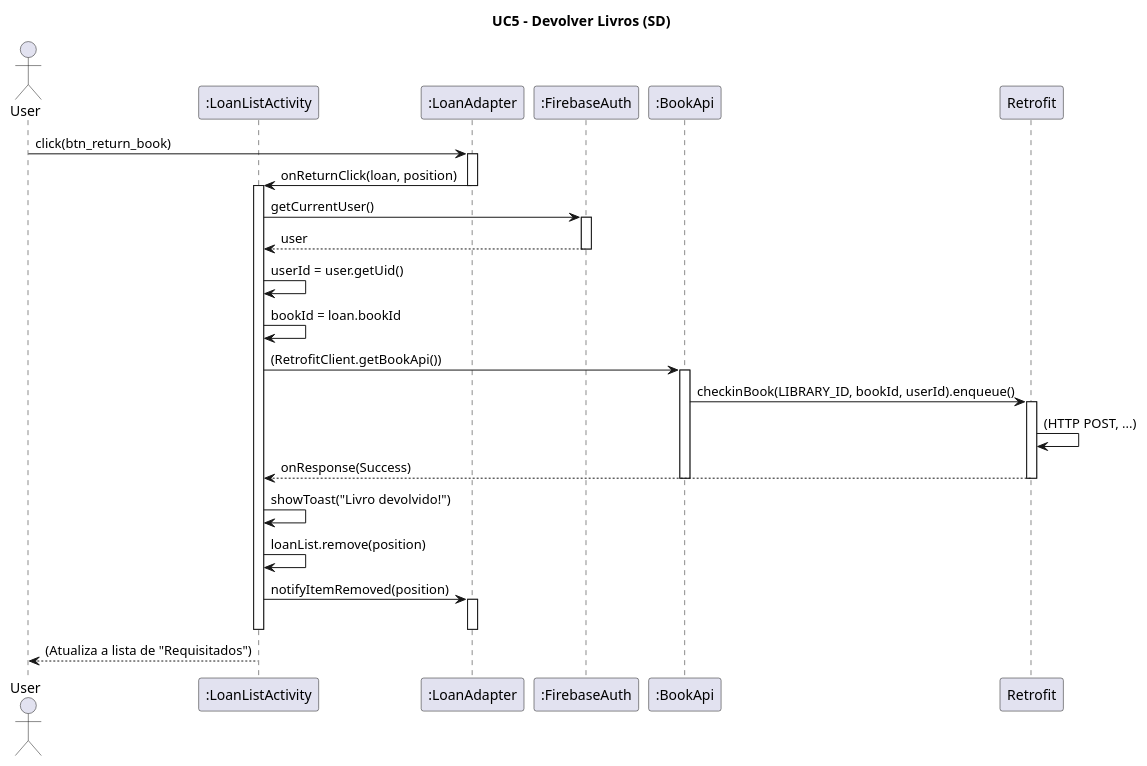
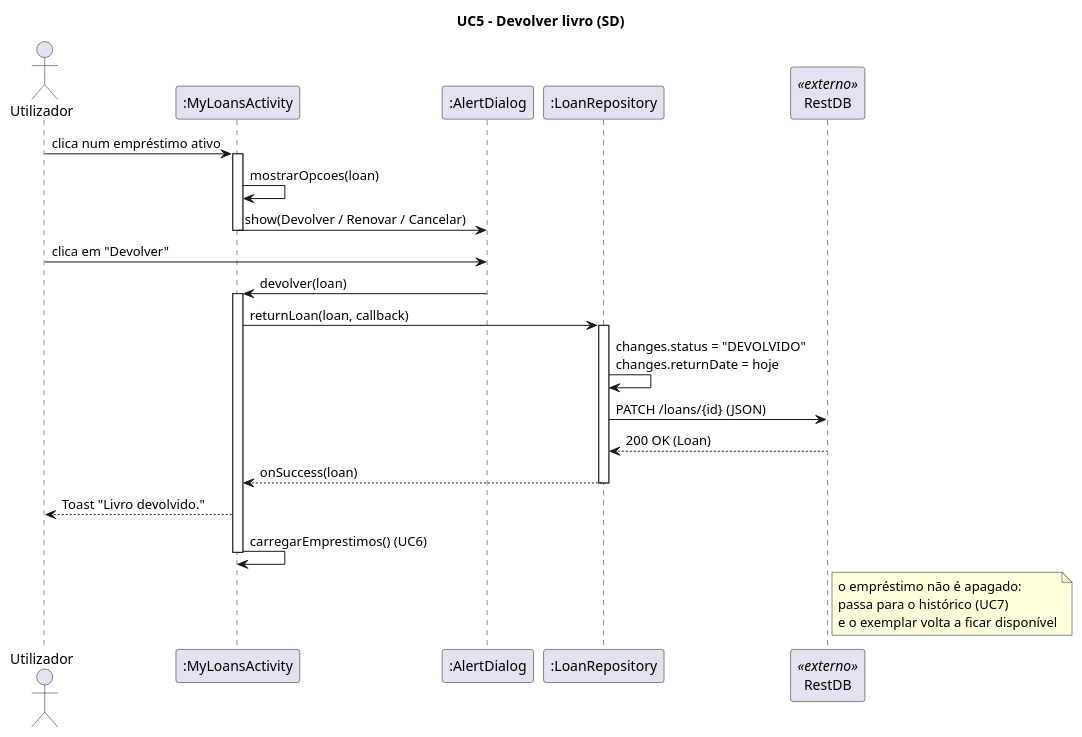
Before and after one commit to Diogo-29/DSSMV_ProjectDroid_1240632_1240857: the diagram in app/docs/UCs/UC5-SD.puml, drawn with PlantUML. The commit also changed 72 other files, not shown here.

```diff
--- a/app/docs/UCs/UC5-SD.puml
+++ b/app/docs/UCs/UC5-SD.puml
@@ -1,51 +1,30 @@
 @startuml
+title UC5 - Devolver livro (SD)
+skinparam sequenceMessageAlign left
 
-title UC5 - Devolver Livros (SD)
+actor "Utilizador" as U
+participant ":MyLoansActivity" as A
+participant ":AlertDialog" as D
+participant ":LoanRepository" as R
+participant "RestDB" as DB <<externo>>
 
-actor User
-participant ":LoanListActivity" as Activity
-participant ":LoanAdapter" as Adapter
-participant ":FirebaseAuth" as Auth
-participant ":BookApi" as Api
-participant "Retrofit" as Retrofit
-
-User -> Adapter: click(btn_return_book)
-activate Adapter
-
-    Adapter -> Activity: onReturnClick(loan, position)
-deactivate Adapter
-
-activate Activity
-
-    Activity -> Auth: getCurrentUser()
-    activate Auth
-    Auth --> Activity: user
-    deactivate Auth
-
-    Activity -> Activity: userId = user.getUid()
-    Activity -> Activity: bookId = loan.bookId
-
-    Activity -> Api: (RetrofitClient.getBookApi())
-    activate Api
-
-    Api -> Retrofit: checkinBook(LIBRARY_ID, bookId, userId).enqueue()
-    activate Retrofit
-        Retrofit -> Retrofit: (HTTP POST, ...)
-
-    Retrofit --> Activity: onResponse(Success)
-    deactivate Retrofit
-    deactivate Api
-
-    Activity -> Activity: showToast("Livro devolvido!")
-
-    Activity -> Activity: loanList.remove(position)
-
-    Activity -> Adapter: notifyItemRemoved(position)
-    activate Adapter
-    deactivate Adapter
-
-deactivate Activity
-
-Activity --> User: (Atualiza a lista de "Requisitados")
-
+U -> A: clica num empréstimo ativo
+activate A
+A -> A: mostrarOpcoes(loan)
+A -> D: show(Devolver / Renovar / Cancelar)
+deactivate A
+U -> D: clica em "Devolver"
+D -> A: devolver(loan)
+activate A
+A -> R: returnLoan(loan, callback)
+activate R
+R -> R: changes.status = "DEVOLVIDO"\nchanges.returnDate = hoje
+R -> DB: PATCH /loans/{id} (JSON)
+DB --> R: 200 OK (Loan)
+R --> A: onSuccess(loan)
+deactivate R
+A --> U: Toast "Livro devolvido."
+A -> A: carregarEmprestimos() (UC6)
+deactivate A
+note right of DB: o empréstimo não é apagado:\npassa para o histórico (UC7)\ne o exemplar volta a ficar disponível
 @enduml
```
